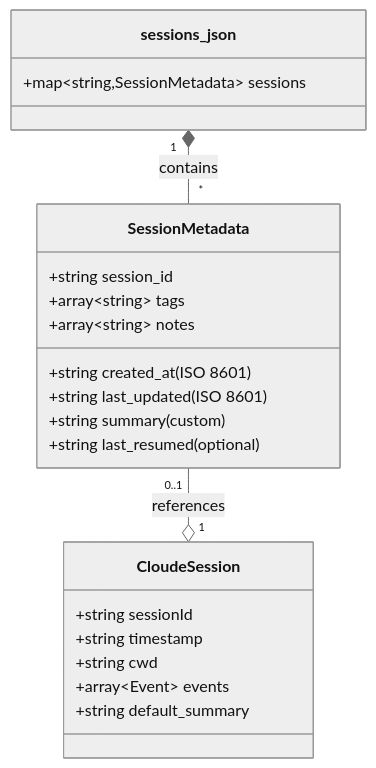
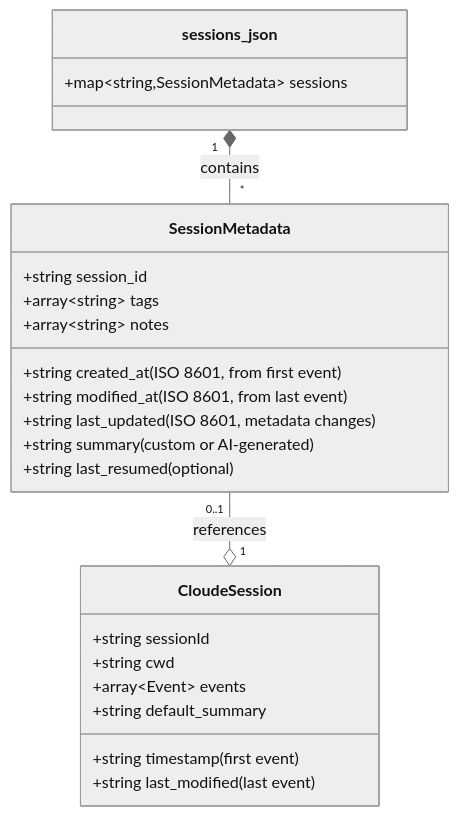
One commit to cadrianmae/claude-marketplace changed diagram 12 of 17 in scripts/claude-session-visual-guide.md. Above: the diagram before and after it, drawn with Mermaid (neutral theme). The commit also changed other lines of this file and 1 other file, not shown here.

First line of the commit message:
Update documentation for AI summaries and timestamp features

````diff
--- a/scripts/claude-session-visual-guide.md
+++ b/scripts/claude-session-visual-guide.md
@@ -459,27 +459,29 @@
 ```mermaid
 classDiagram
     class SessionMetadata {
         +string session_id
-        +string created_at (ISO 8601)
-        +string last_updated (ISO 8601)
-        +string summary (custom)
+        +string created_at (ISO 8601, from first event)
+        +string modified_at (ISO 8601, from last event)
+        +string last_updated (ISO 8601, metadata changes)
+        +string summary (custom or AI-generated)
         +array~string~ tags
         +array~string~ notes
         +string last_resumed (optional)
     }
 
     class CloudeSession {
         +string sessionId
-        +string timestamp
+        +string timestamp (first event)
+        +string last_modified (last event)
         +string cwd
         +array~Event~ events
         +string default_summary
     }
 
     class sessions_json {
         +map~string,SessionMetadata~ sessions
     }
 
     SessionMetadata "0..1" --o "1" CloudeSession : references
     sessions_json "1" *-- "*" SessionMetadata : contains
 ```
````
